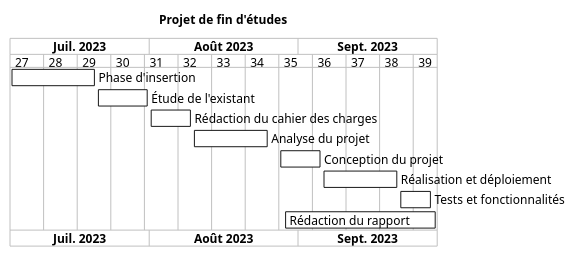
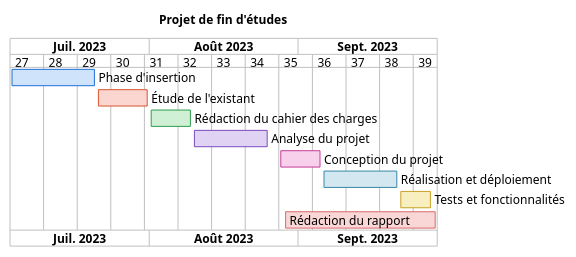
Before and after one commit to STALKER1709/PLANTUMLStudio: the diagram in templates/15-diagramme-gantt.puml, drawn with PlantUML. The commit also changed 4 other files, not shown here.

First line of the commit message:
Donner une couleur propre à chaque phase du Gantt

```diff
--- a/templates/15-diagramme-gantt.puml
+++ b/templates/15-diagramme-gantt.puml
@@ -15,51 +15,66 @@
 @startgantt
 language fr
 title Projet de fin d'études
 
 ' Le formalisme commun ne s'applique ici qu'en partie : un Gantt n'a ni
-' « element » ni « arrow ». Seuls la police et le fond sont repris ; la
-' couleur d'une barre se donne au cas par cas, avec « is colored in ».
+' « element » ni « arrow ». Seuls la police et le fond sont repris ; chaque
+' barre reçoit sa propre teinte, donnée ligne à ligne plus bas.
 <style>
 root {
   FontName "Segoe UI"
   FontSize 12
   BackGroundColor #FFFFFF
 }
 </style>
 
 ' ── Cadre temporel ───────────────────────────────────────────────────
 ' « Project starts » est OBLIGATOIRE dès qu'une phase porte des dates :
 ' sans lui, PlantUML refuse le diagramme (« No starting date for the
 ' project »). La valeur est celle de la phase la plus précoce.
 ' « projectscale » change la graduation de l'axe : daily, weekly, monthly.
 Project starts 2023-07-03
 projectscale weekly
 
 ' ── Phases ───────────────────────────────────────────────────────────
 ' Une période se borne par ses deux dates, au format AAAA-MM-JJ. C'est ce
 ' qui permet à deux phases de se chevaucher — voir la rédaction du rapport,
 ' menée en parallèle de la réalisation et des tests.
+' Une couleur par phase, fond puis bordure. Sur un planning où les barres se
+' chevauchent, c'est ce qui permet de suivre une phase des yeux d'un bout à
+' l'autre de l'axe.
 [Phase d'insertion] starts 2023-07-03 and ends 2023-07-20
+[Phase d'insertion] is colored in #CFE3FB/#1E6FD9
+
 [Étude de l'existant] starts 2023-07-21 and ends 2023-07-31
+[Étude de l'existant] is colored in #FBD5CF/#D9542E
+
 [Rédaction du cahier des charges] starts 2023-08-01 and ends 2023-08-09
+[Rédaction du cahier des charges] is colored in #CFF0D5/#2E9E4F
+
 [Analyse du projet] starts 2023-08-10 and ends 2023-08-25
+[Analyse du projet] is colored in #E0D2F2/#7A4CC0
+
 [Conception du projet] starts 2023-08-28 and ends 2023-09-05
+[Conception du projet] is colored in #F8D0EC/#C43C9B
+
 [Réalisation et déploiement] starts 2023-09-06 and ends 2023-09-21
+[Réalisation et déploiement] is colored in #D2E7EF/#3A87A8
+
 [Tests et fonctionnalités] starts 2023-09-22 and ends 2023-09-28
+[Tests et fonctionnalités] is colored in #F7EFC0/#C9A227
+
 [Rédaction du rapport] starts 2023-08-29 and ends 2023-09-29
+[Rédaction du rapport] is colored in #F9D7D7/#D96A6A
 
 ' ── Pour aller plus loin ─────────────────────────────────────────────
 ' Avancement d'une phase, qui la hachure partiellement :
 '   [Analyse du projet] is 40% completed
 '
 ' Jalon — un point de contrôle sans durée, posé à la fin d'une phase :
 '   [Soutenance] happens at [Rédaction du rapport]'s end
 '
-' Couleur d'une barre, fond puis bordure :
-'   [Analyse du projet] is colored in #D9F6FB/#1E90FF
-'
 ' Jours non travaillés. Sur une période bornée par deux dates, ils ne
 ' déplacent rien : la barre est seulement coupée d'une zone grisée.
 '   saturday are closed
 '   2023-08-15 is closed
 @endgantt
```
